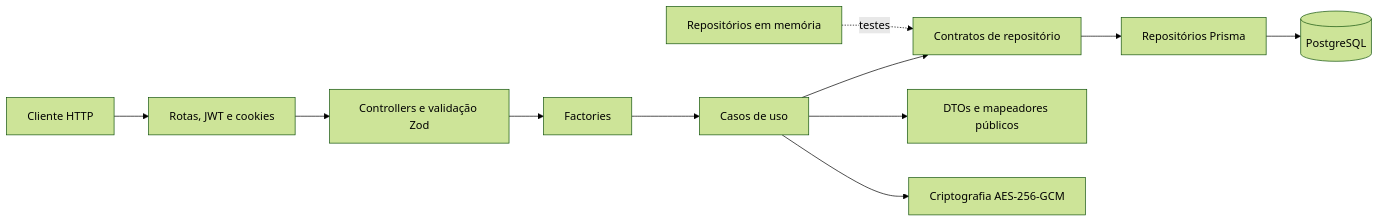
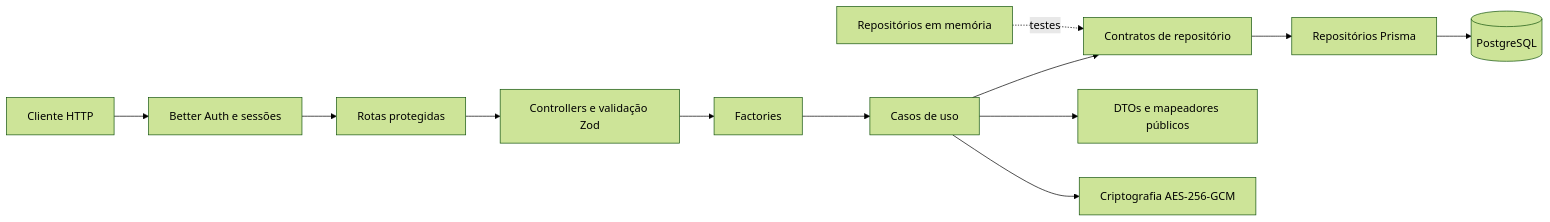
One commit to raullopes-ms/klyro-backend changed the diagram in README.md. Above: the diagram before and after it, drawn with Mermaid (forest theme). The commit also changed other lines of this file and 32 other files, not shown here.

````diff
--- a/README.md
+++ b/README.md
@@ -52,13 +52,14 @@
 ```mermaid
 flowchart LR
-    Client[Cliente HTTP] --> Routes[Rotas, JWT e cookies]
+    Client[Cliente HTTP] --> BetterAuth[Better Auth e sessões]
+    BetterAuth --> Routes[Rotas protegidas]
     Routes --> Controllers[Controllers e validação Zod]
     Controllers --> Factories[Factories]
     Factories --> UseCases[Casos de uso]
     UseCases --> Contracts[Contratos de repositório]
     Contracts --> PrismaRepo[Repositórios Prisma]
     PrismaRepo --> PostgreSQL[(PostgreSQL)]
     UseCases --> Mappers[DTOs e mapeadores públicos]
     UseCases --> Crypto[Criptografia AES-256-GCM]
     MemoryRepo[Repositórios em memória] -. testes .-> Contracts
 ```
````
